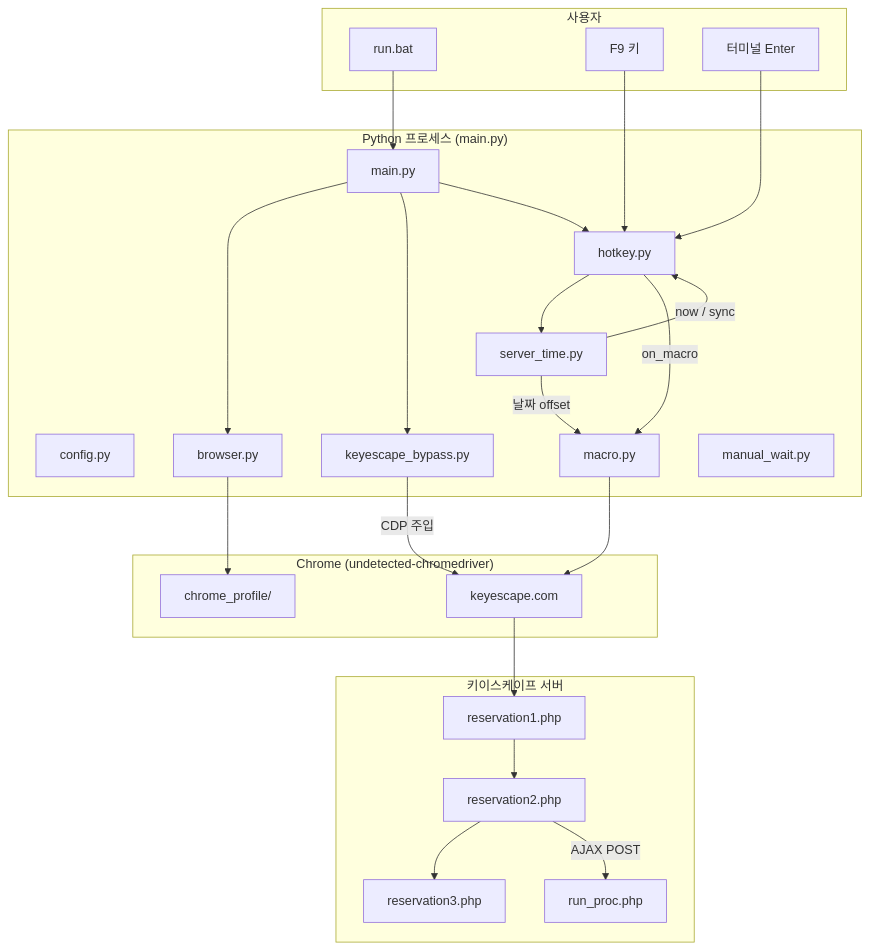
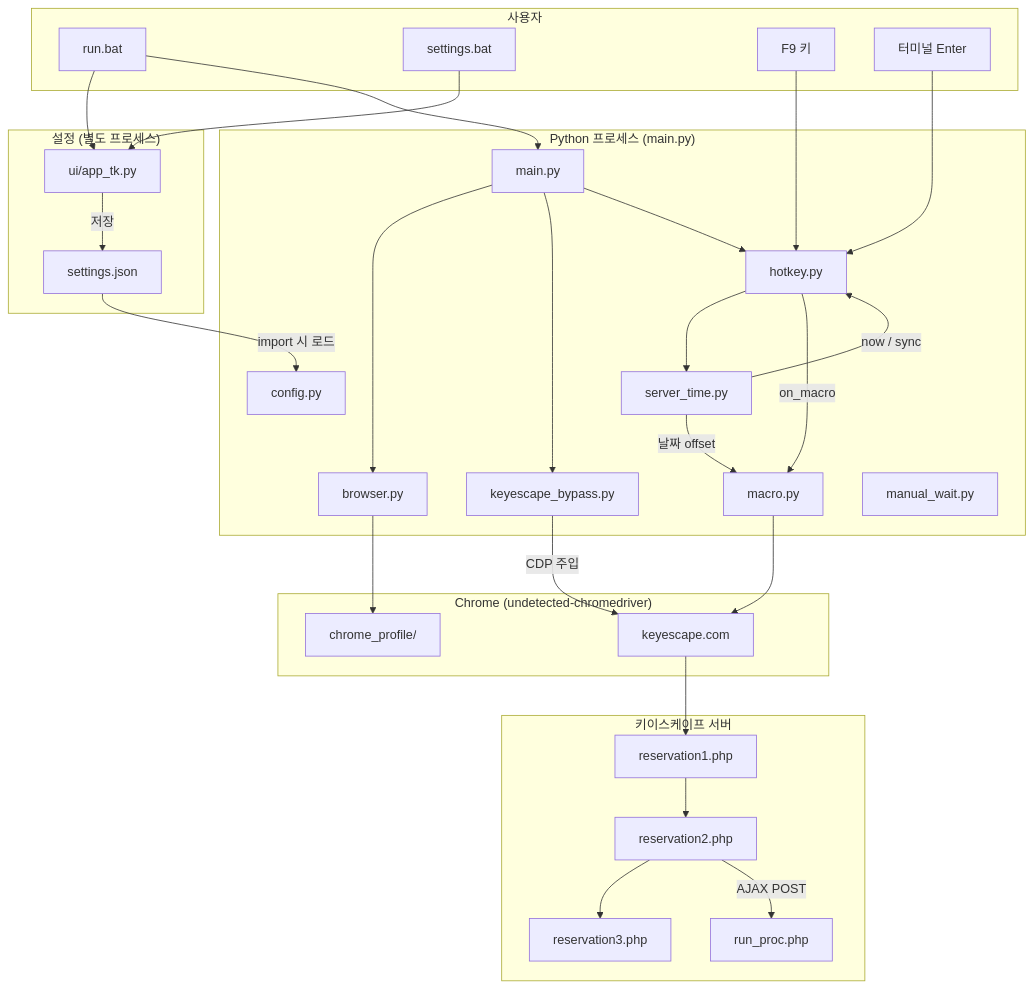
Before and after one commit to jseok0917/toy_macro: the first of 11 diagrams in ARCHITECTURE.md, drawn with Mermaid. The commit also changed other lines of this file and 15 other files, not shown here.

````diff
--- a/ARCHITECTURE.md
+++ b/ARCHITECTURE.md
@@ -46,47 +47,57 @@
 ```mermaid
 flowchart TB
     subgraph User["사용자"]
         BAT[run.bat]
+        SET[settings.bat]
         F9[F9 키]
         ENT[터미널 Enter]
+    end
+
+    subgraph Settings["설정 (별도 프로세스)"]
+        UI[ui/app_tk.py]
+        JSON[settings.json]
     end
 
     subgraph Python["Python 프로세스 (main.py)"]
         CFG[config.py]
         MAIN[main.py]
         HK[hotkey.py]
         CLK[server_time.py]
         MAC[macro.py]
         BYP[keyescape_bypass.py]
         BR[browser.py]
         MW[manual_wait.py]
     end
 
     subgraph Browser["Chrome (undetected-chromedriver)"]
         PROF[chrome_profile/]
         PAGE[keyescape.com]
     end
 
     subgraph Site["키이스케이프 서버"]
         R1[reservation1.php]
         R2[reservation2.php]
         R3[reservation3.php]
         API[run_proc.php]
     end
 
+    BAT --> UI
+    SET --> UI
+    UI -->|저장| JSON
+    JSON -->|import 시 로드| CFG
     BAT --> MAIN
     MAIN --> BR
     MAIN --> BYP
     MAIN --> HK
     HK --> CLK
     F9 --> HK
     ENT --> HK
     HK -->|on_macro| MAC
     CLK -->|now / sync| HK
     CLK -->|날짜 offset| MAC
     MAC --> PAGE
     BR --> PROF
     BYP -->|CDP 주입| PAGE
     PAGE --> R1 --> R2 --> R3
     R2 -->|AJAX POST| API
 ```
````
